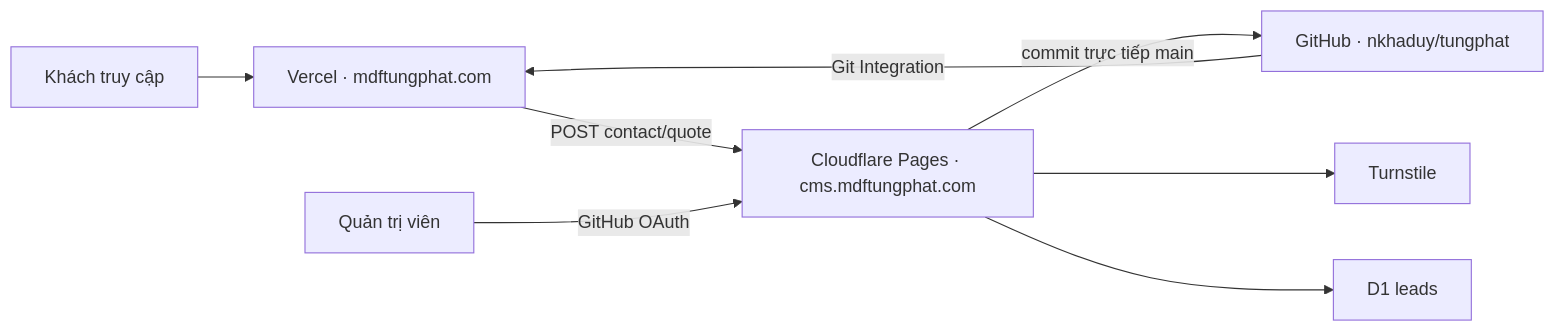
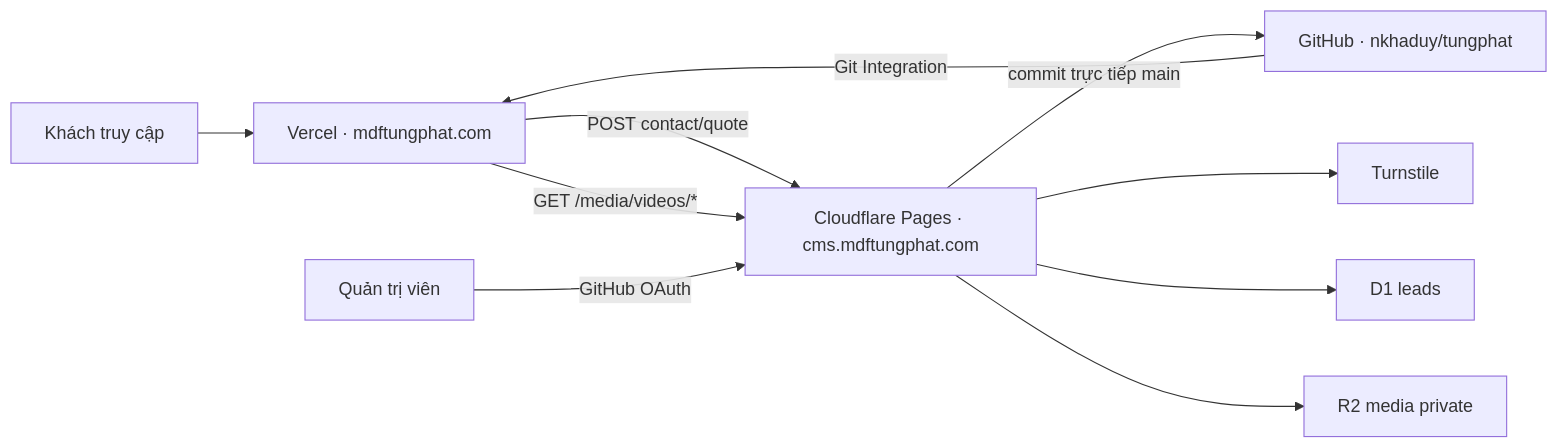
Before and after one commit to nkhaduy/tungphat: the diagram in docs/ARCHITECTURE.md, drawn with Mermaid. The commit also changed other lines of this file and 13 other files, not shown here.

Commit message:
fix: restore production workshop video flow

````diff
--- a/docs/ARCHITECTURE.md
+++ b/docs/ARCHITECTURE.md
@@ -7,10 +7,12 @@
 ```mermaid
 flowchart LR
   V["Khách truy cập"] --> W["Vercel · mdftungphat.com"]
   W -->|"POST contact/quote"| C["Cloudflare Pages · cms.mdftungphat.com"]
+  W -->|"GET /media/videos/*"| C
   A["Quản trị viên"] -->|"GitHub OAuth"| C
   C -->|"commit trực tiếp main"| G["GitHub · nkhaduy/tungphat"]
   G -->|"Git Integration"| W
   C --> T["Turnstile"]
   C --> D["D1 leads"]
+  C --> R["R2 media private"]
 ```
````
